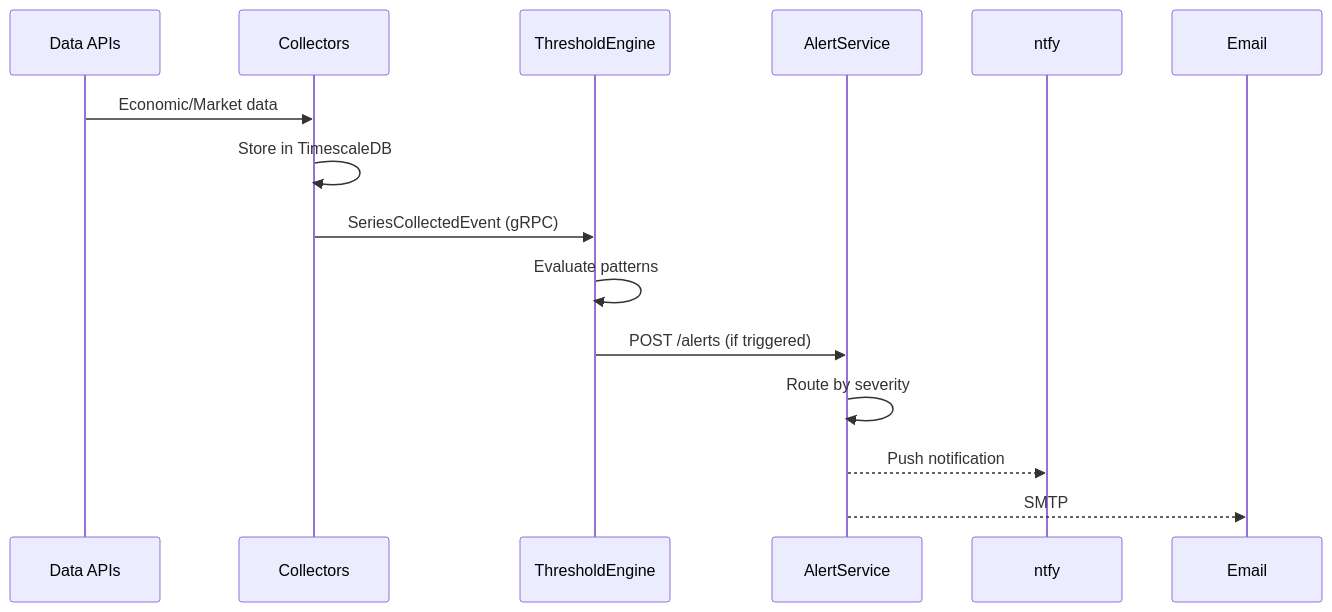
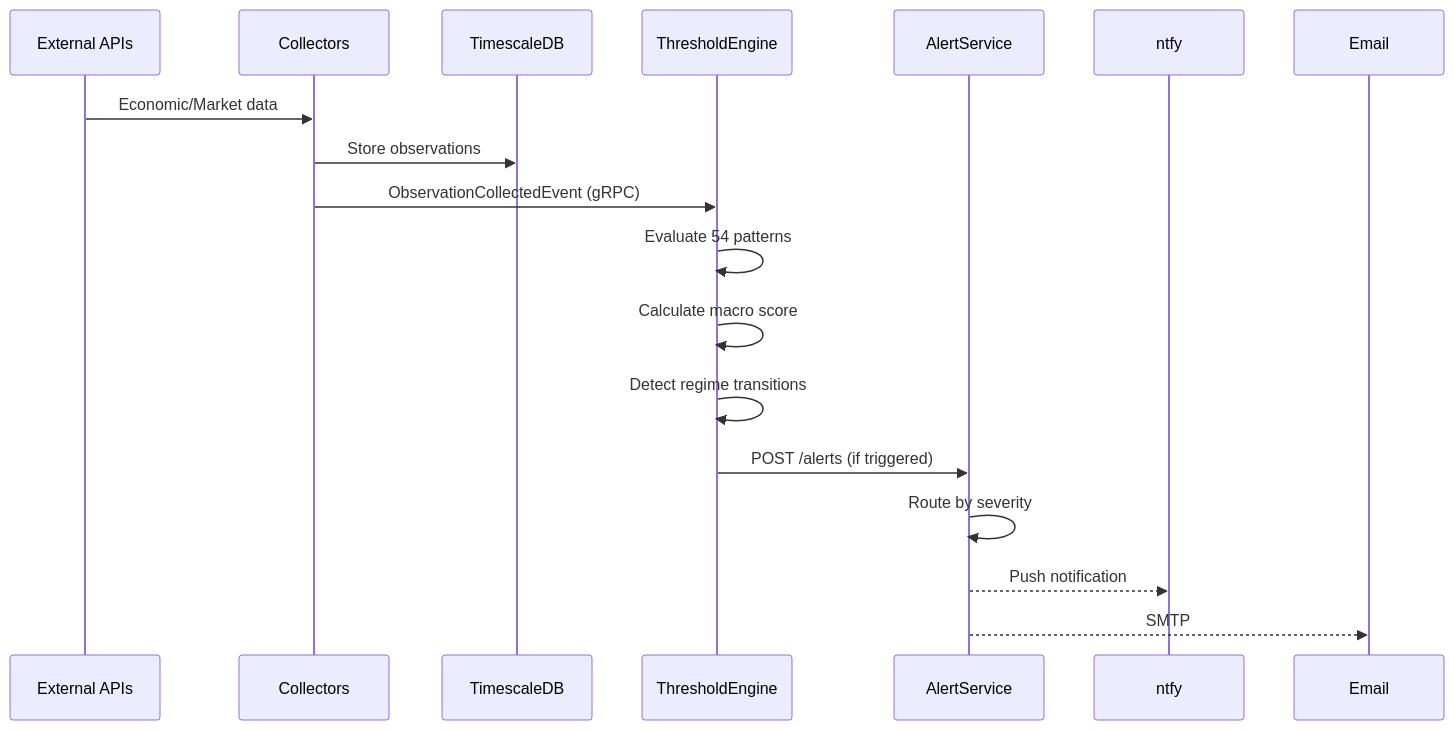
The second of 2 diagrams in docs/ARCHITECTURE.md (jpansarasa/ATLAS-Docs), drawn with Mermaid before and after one commit. The commit also changed other lines of this file and 4 other files, not shown here.

````diff
--- a/docs/ARCHITECTURE.md
+++ b/docs/ARCHITECTURE.md
@@ -59,16 +105,19 @@
 ```mermaid
 sequenceDiagram
-    participant APIs as Data APIs
+    participant APIs as External APIs
     participant COL as Collectors
+    participant DB as TimescaleDB
     participant TE as ThresholdEngine
     participant AS as AlertService
 
     APIs->>COL: Economic/Market data
-    COL->>COL: Store in TimescaleDB
-    COL->>TE: SeriesCollectedEvent (gRPC)
-    TE->>TE: Evaluate patterns
+    COL->>DB: Store observations
+    COL->>TE: ObservationCollectedEvent (gRPC)
+    TE->>TE: Evaluate 54 patterns
+    TE->>TE: Calculate macro score
+    TE->>TE: Detect regime transitions
     TE->>AS: POST /alerts (if triggered)
     AS->>AS: Route by severity
     AS-->>ntfy: Push notification
     AS-->>Email: SMTP
 ```
````
